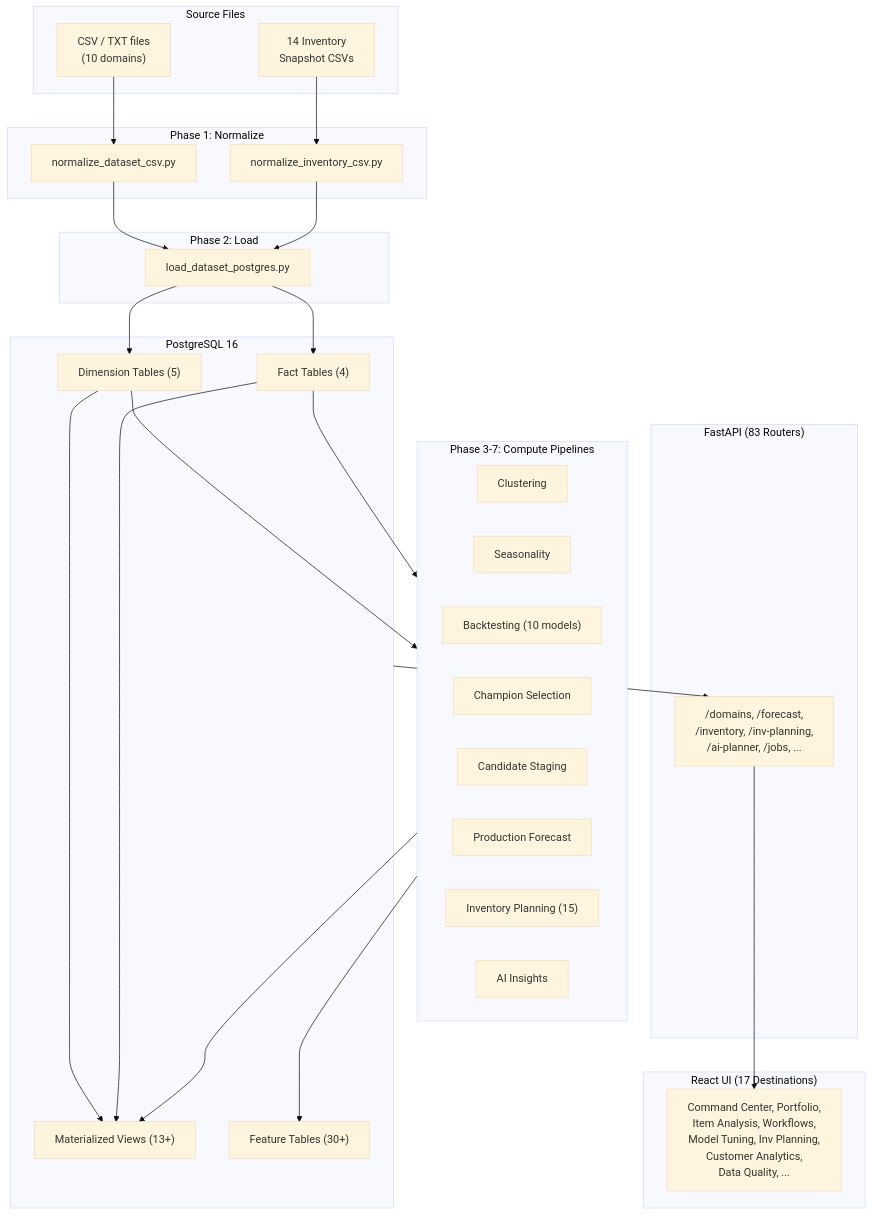
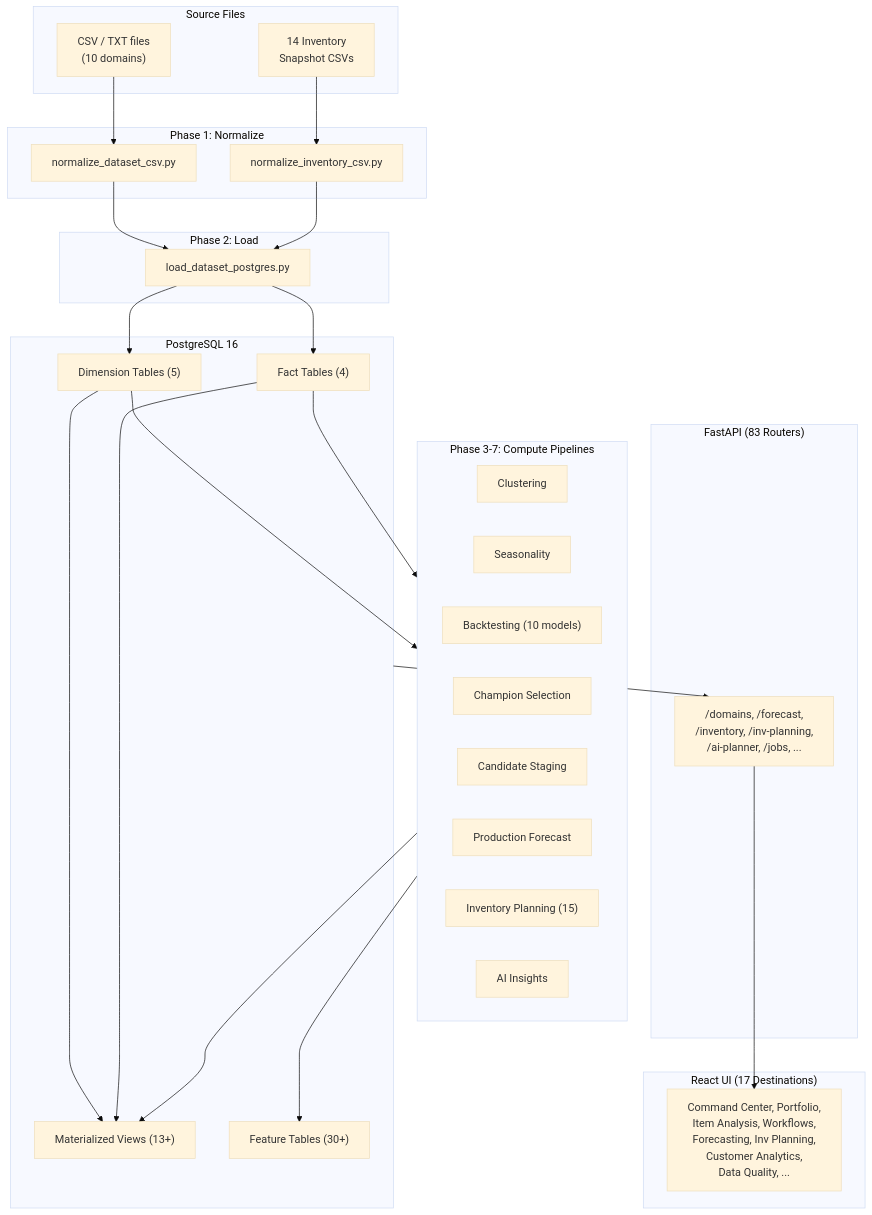
One commit to chidammano-hash/DemandProject changed the first of 4 diagrams in docs/ARCHITECTURE.md. Above: the diagram before and after it, drawn with Mermaid (base theme). The commit also changed other lines of this file and 31 other files, not shown here.

````diff
--- a/docs/ARCHITECTURE.md
+++ b/docs/ARCHITECTURE.md
@@ -61,50 +61,50 @@
 ```mermaid
 flowchart TD
     subgraph SRC["Source Files"]
         CSV["CSV / TXT files<br/>(10 domains)"]
         INV["14 Inventory<br/>Snapshot CSVs"]
     end
 
     subgraph NORM["Phase 1: Normalize"]
         N1["normalize_dataset_csv.py"]
         N2["normalize_inventory_csv.py"]
     end
 
     subgraph LOAD["Phase 2: Load"]
         L1["load_dataset_postgres.py"]
     end
 
     subgraph PG["PostgreSQL 16"]
         DIM["Dimension Tables (5)"]
         FACT["Fact Tables (4)"]
         MV["Materialized Views (13+)"]
         FEAT["Feature Tables (30+)"]
     end
 
     subgraph COMPUTE["Phase 3-7: Compute Pipelines"]
         CL["Clustering"]
         SEAS["Seasonality"]
         BT["Backtesting (10 models)"]
         CHAMP["Champion Selection"]
         CAND["Candidate Staging"]
         PROD["Production Forecast"]
         INVP["Inventory Planning (15)"]
         AI["AI Insights"]
     end
 
     subgraph API["FastAPI (83 Routers)"]
         REST["/domains, /forecast,<br/>/inventory, /inv-planning,<br/>/ai-planner, /jobs, ..."]
     end
 
     subgraph UI["React UI (17 Destinations)"]
-        TABS["Command Center, Portfolio,<br/>Item Analysis, Workflows,<br/>Model Tuning, Inv Planning,<br/>Customer Analytics,<br/>Data Quality, ..."]
+        TABS["Command Center, Portfolio,<br/>Item Analysis, Workflows,<br/>Forecasting, Inv Planning,<br/>Customer Analytics,<br/>Data Quality, ..."]
     end
 
     CSV --> N1 --> L1
     INV --> N2 --> L1
     L1 --> DIM & FACT
     DIM & FACT --> MV
     DIM & FACT --> COMPUTE
     COMPUTE --> FEAT & MV
     PG --> REST --> TABS
 ```
````
